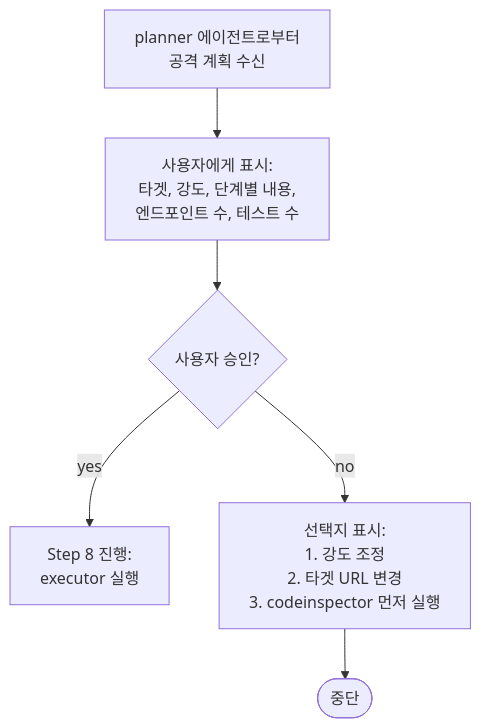
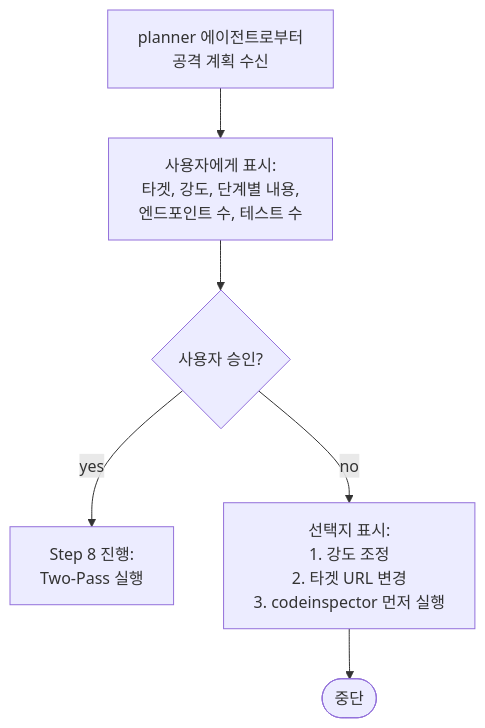
Before and after one commit to letsur-dev/vulcheck: the ninth of 10 diagrams in design/hacksimulator.md, drawn with Mermaid. The commit also changed other lines of this file and 4 other files, not shown here.

First line of the commit message:
feat: hacksimulator 워크스페이스 영속화 및 Two-Pass 실행 모델 도입

````diff
--- a/design/hacksimulator.md
+++ b/design/hacksimulator.md
@@ -425,8 +535,8 @@
 ```mermaid
 flowchart TD
     PlanReceived["planner 에이전트로부터<br>공격 계획 수신"] --> Display["사용자에게 표시:<br>타겟, 강도, 단계별 내용,<br>엔드포인트 수, 테스트 수"]
     Display --> Approve{"사용자 승인?"}
-    Approve -->|"yes"| Execute["Step 8 진행:<br>executor 실행"]
+    Approve -->|"yes"| Execute["Step 8 진행:<br>Two-Pass 실행"]
     Approve -->|"no"| Reject["선택지 표시:<br>1. 강도 조정<br>2. 타겟 URL 변경<br>3. codeinspector 먼저 실행"]
     Reject --> Stop([중단])
 ```
````
